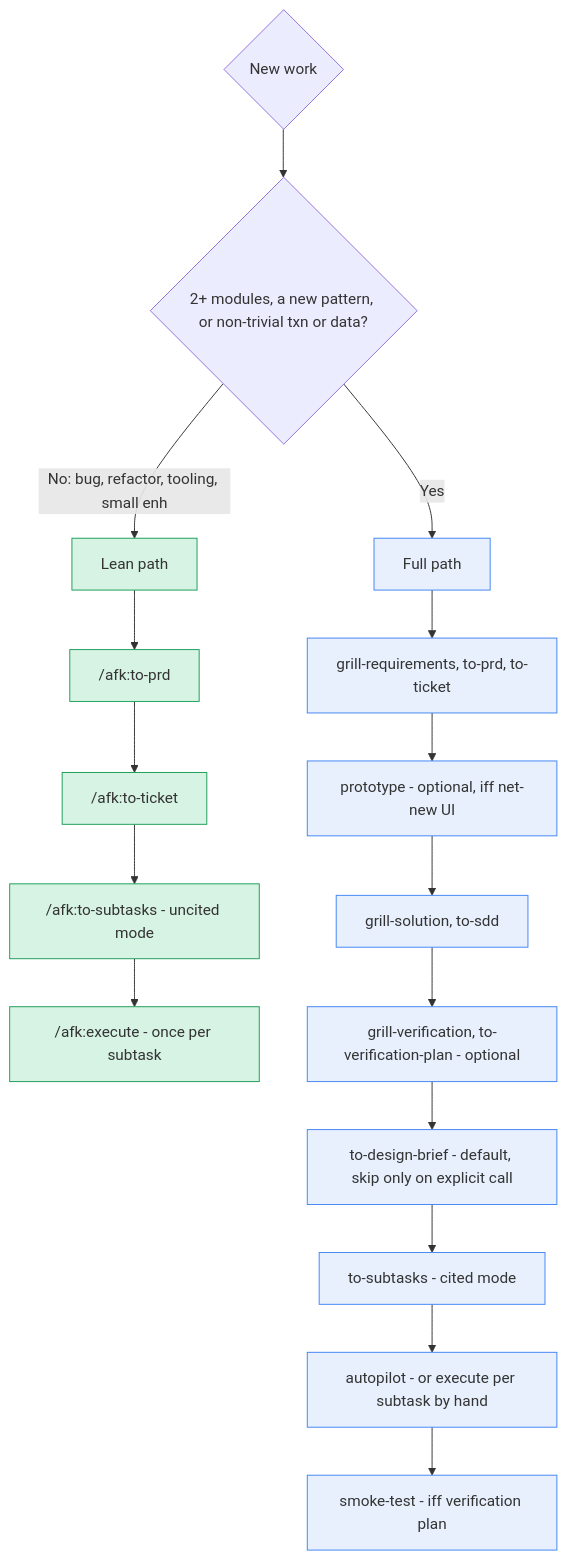
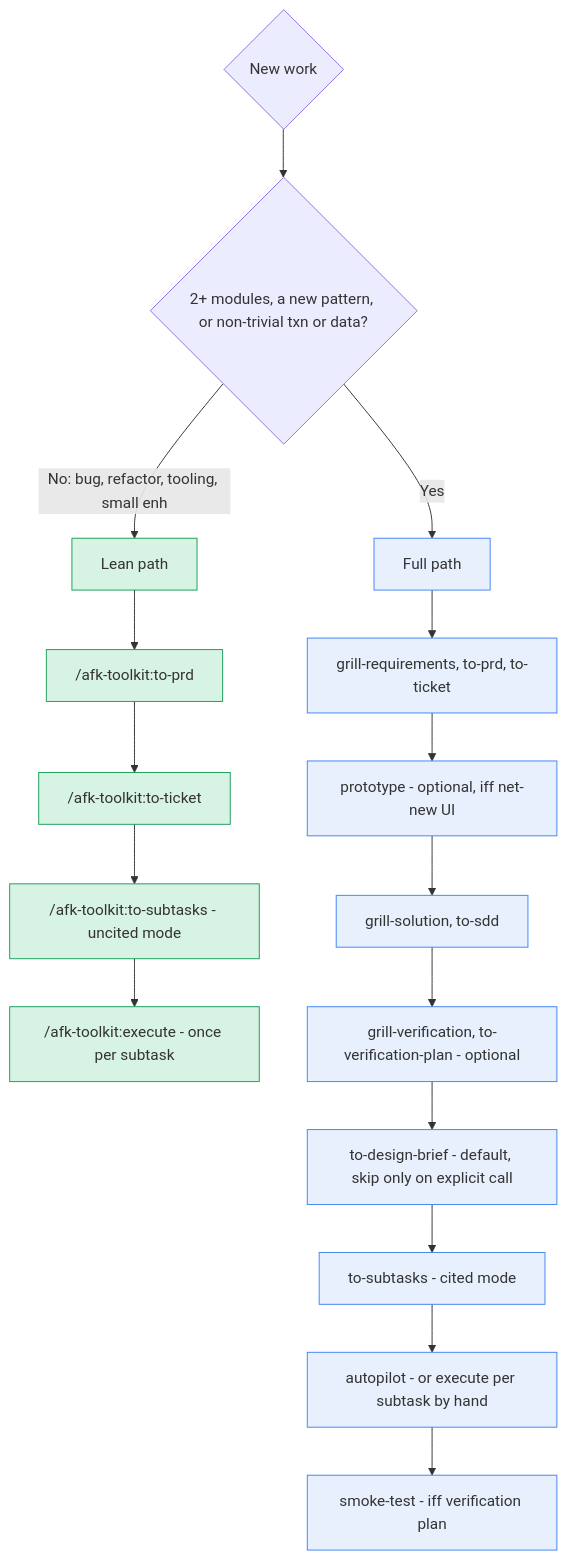
Before and after one commit to midnightblur/afk-driver: the fourth of 6 diagrams in README.md, drawn with Mermaid. The commit also changed other lines of this file and 105 other files, not shown here.

First line of the commit message:
afk-toolkit: rename and standalone root

````diff
--- a/README.md
+++ b/README.md
@@ -372,25 +372,25 @@
 ```mermaid
 graph TD
     A{New work} --> B{2+ modules, a new pattern, or non-trivial txn or data?}
     B -->|No: bug, refactor, tooling, small enh| LEAN[Lean path]
     B -->|Yes| FULL[Full path]
 
-    LEAN --> L1["/afk:to-prd"]
-    L1 --> L2["/afk:to-ticket"]
-    L2 --> L3["/afk:to-subtasks - uncited mode"]
-    L3 --> L4["/afk:execute - once per subtask"]
+    LEAN --> L1["/afk-toolkit:to-prd"]
+    L1 --> L2["/afk-toolkit:to-ticket"]
+    L2 --> L3["/afk-toolkit:to-subtasks - uncited mode"]
+    L3 --> L4["/afk-toolkit:execute - once per subtask"]
 
     FULL --> F1["grill-requirements, to-prd, to-ticket"]
     F1 --> FP["prototype - optional, iff net-new UI"]
     FP --> F2["grill-solution, to-sdd"]
     F2 --> F3["grill-verification, to-verification-plan - optional"]
     F3 --> F4["to-design-brief - default, skip only on explicit call"]
     F4 --> F5["to-subtasks - cited mode"]
     F5 --> F6["autopilot - or execute per subtask by hand"]
     F6 --> F7["smoke-test - iff verification plan"]
 
     classDef lean fill:#d7f3e3,stroke:#1b9e58;
     classDef full fill:#e8f0fe,stroke:#4285f4;
     class LEAN,L1,L2,L3,L4 lean;
     class FULL,F1,FP,F2,F3,F4,F5,F6,F7 full;
 ```
````
